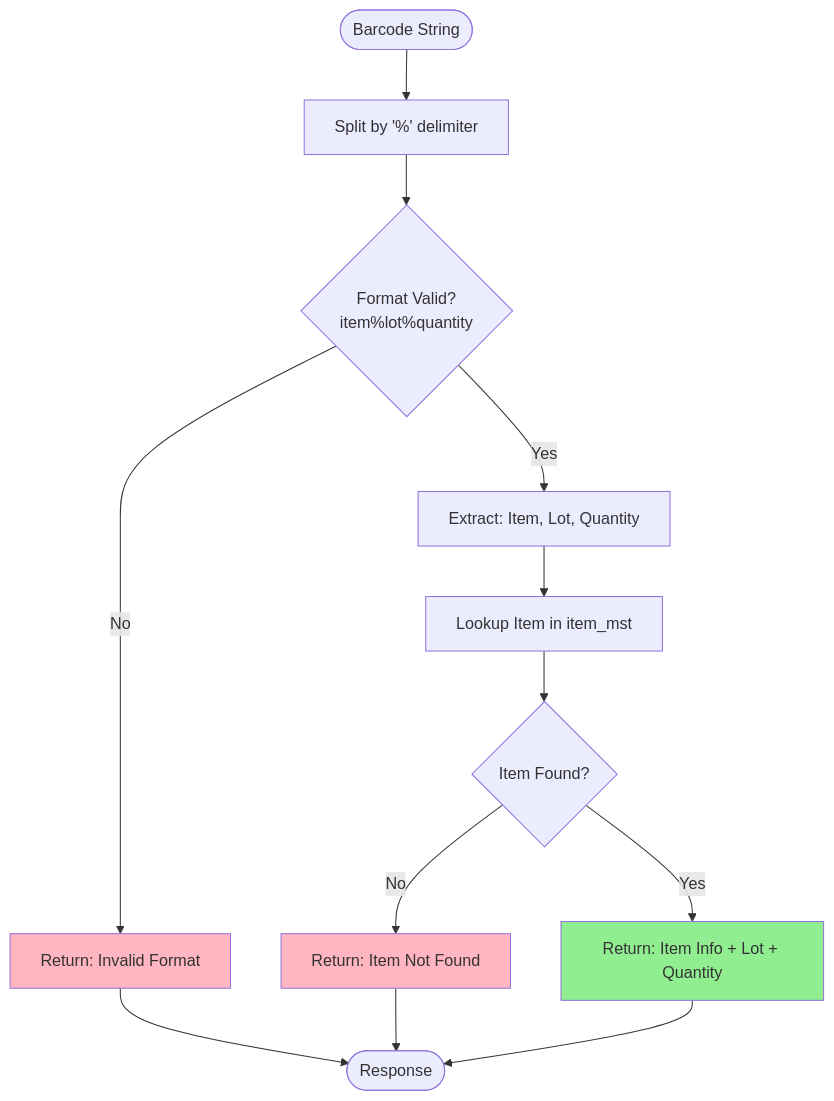
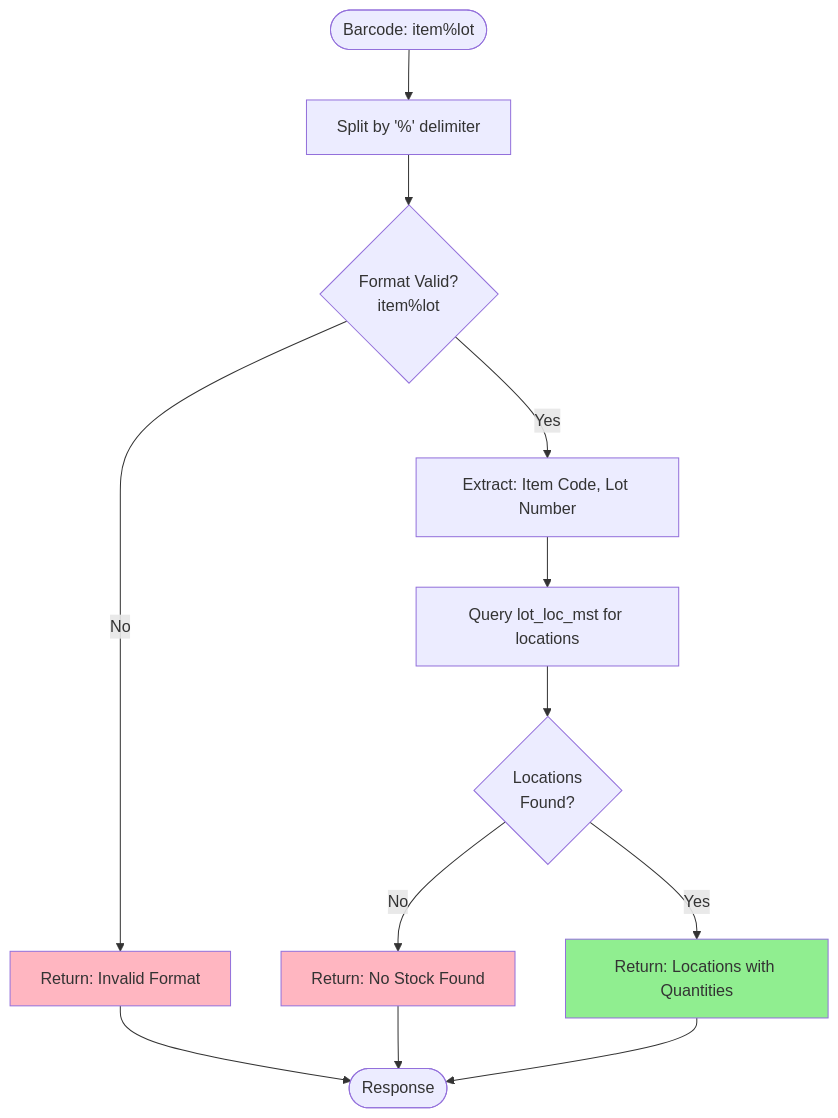
Before and after one commit to utkuarslan5/quantity_move: the fourth of 4 diagrams in API_DOCUMENTATION.md, drawn with Mermaid. The commit also changed other lines of this file and 40 other files, not shown here.

````diff
--- a/API_DOCUMENTATION.md
+++ b/API_DOCUMENTATION.md
@@ -363,22 +291,22 @@
 ```mermaid
 flowchart TD
-    Start([Barcode String]) --> Parse[Split by '%' delimiter]
-    Parse --> CheckFormat{Format Valid?<br/>item%lot%quantity}
+    Start([Barcode: item%lot]) --> Parse[Split by '%' delimiter]
+    Parse --> CheckFormat{Format Valid?<br/>item%lot}
     
     CheckFormat -->|No| Error1[Return: Invalid Format]
-    CheckFormat -->|Yes| Extract[Extract: Item, Lot, Quantity]
+    CheckFormat -->|Yes| Extract[Extract: Item Code, Lot Number]
     
-    Extract --> Lookup[Lookup Item in item_mst]
-    Lookup --> CheckFound{Item Found?}
+    Extract --> Query[Query lot_loc_mst for locations]
+    Query --> CheckFound{Locations<br/>Found?}
     
-    CheckFound -->|No| Error2[Return: Item Not Found]
-    CheckFound -->|Yes| Success[Return: Item Info + Lot + Quantity]
+    CheckFound -->|No| Error2[Return: No Stock Found]
+    CheckFound -->|Yes| Success[Return: Locations with Quantities]
     
     Error1 --> End([Response])
     Error2 --> End
     Success --> End
     
     style Success fill:#90EE90
     style Error1 fill:#FFB6C1
     style Error2 fill:#FFB6C1
 ```
````
